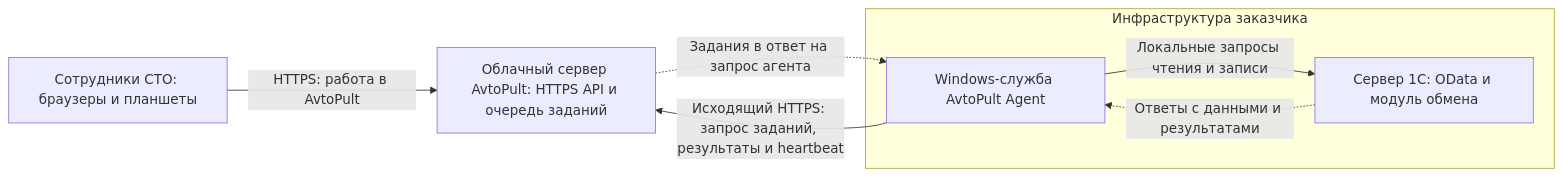
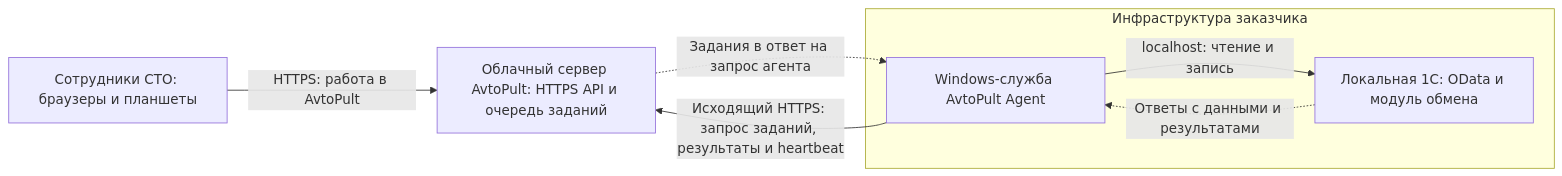
The diagram in README.md (BillShifr/CTO_Agent), drawn with Mermaid before and after one commit. The commit also changed other lines of this file, not shown here.

Commit message:
docs: require agent colocation with 1C

````diff
--- a/README.md
+++ b/README.md
@@ -9,14 +9,14 @@
 ```mermaid
 flowchart LR
     users["Сотрудники СТО: браузеры и планшеты"]
     cloud["Облачный сервер AvtoPult: HTTPS API и очередь заданий"]
     subgraph customer["Инфраструктура заказчика"]
         agent["Windows-служба AvtoPult Agent"]
-        oneC["Сервер 1С: OData и модуль обмена"]
+        oneC["Локальная 1С: OData и модуль обмена"]
     end
     users -->|"HTTPS: работа в AvtoPult"| cloud
     agent -->|"Исходящий HTTPS: запрос заданий, результаты и heartbeat"| cloud
     cloud -.->|"Задания в ответ на запрос агента"| agent
-    agent -->|"Локальные запросы чтения и записи"| oneC
+    agent -->|"localhost: чтение и запись"| oneC
     oneC -.->|"Ответы с данными и результатами"| agent
 ```
````
